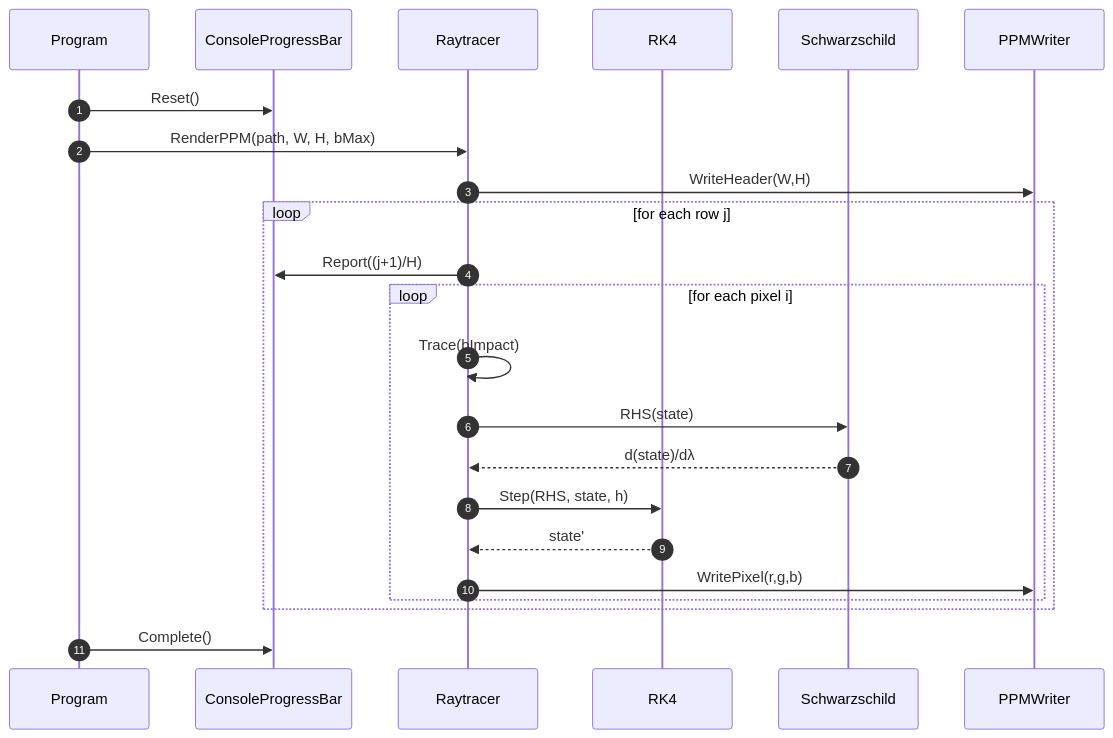
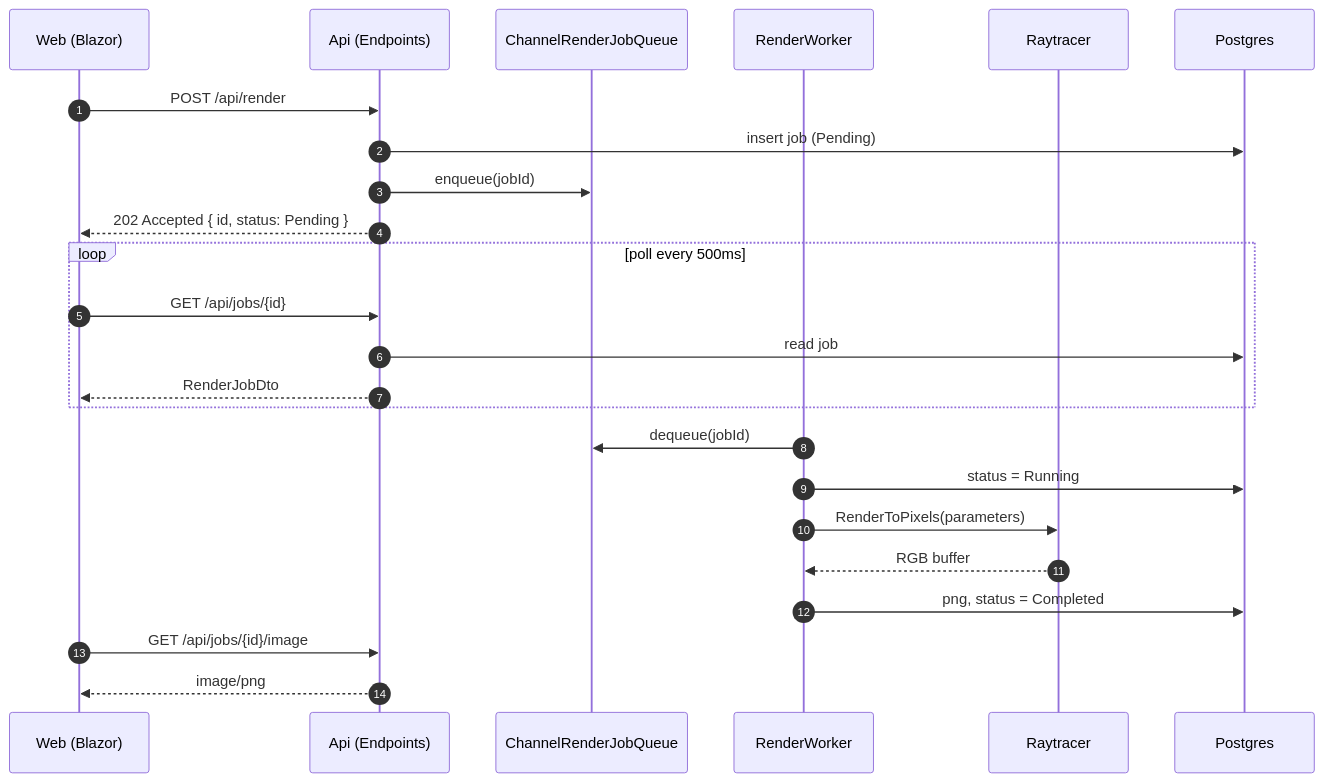
Before and after one commit to konradcinkusz/black-hole-sim: the second of 3 diagrams in README.md, drawn with Mermaid. The commit also changed other lines of this file and 3 other files, not shown here.

First line of the commit message:
Rewrite README to match current architecture; fix broken default render

````diff
--- a/README.md
+++ b/README.md
@@ -260,28 +219,30 @@
 ```mermaid
 sequenceDiagram
   autonumber
-  participant Prog as Program
-  participant Bar as ConsoleProgressBar
+  participant Web as Web (Blazor)
+  participant Api as Api (Endpoints)
+  participant Q as ChannelRenderJobQueue
+  participant W as RenderWorker
   participant Ray as Raytracer
-  participant RK as RK4
-  participant Met as Schwarzschild
-  participant PPM as PPMWriter
+  participant Db as Postgres
 
-  Prog->>Bar: Reset()
-  Prog->>Ray: RenderPPM(path, W, H, bMax)
-  Ray->>PPM: WriteHeader(W,H)
+  Web->>Api: POST /api/render
+  Api->>Db: insert job (Pending)
+  Api->>Q: enqueue(jobId)
+  Api-->>Web: 202 Accepted { id, status: Pending }
 
-  loop for each row j
-    Ray->>Bar: Report((j+1)/H)
-    loop for each pixel i
-      Ray->>Ray: Trace(bImpact)
-      Ray->>Met: RHS(state)
-      Met-->>Ray: d(state)/dλ
-      Ray->>RK: Step(RHS, state, h)
-      RK-->>Ray: state'
-      Ray->>PPM: WritePixel(r,g,b)
-    end
+  loop poll every 500ms
+    Web->>Api: GET /api/jobs/{id}
+    Api->>Db: read job
+    Api-->>Web: RenderJobDto
   end
 
-  Prog->>Bar: Complete()
+  W->>Q: dequeue(jobId)
+  W->>Db: status = Running
+  W->>Ray: RenderToPixels(parameters)
+  Ray-->>W: RGB buffer
+  W->>Db: png, status = Completed
+
+  Web->>Api: GET /api/jobs/{id}/image
+  Api-->>Web: image/png
 ```
````
